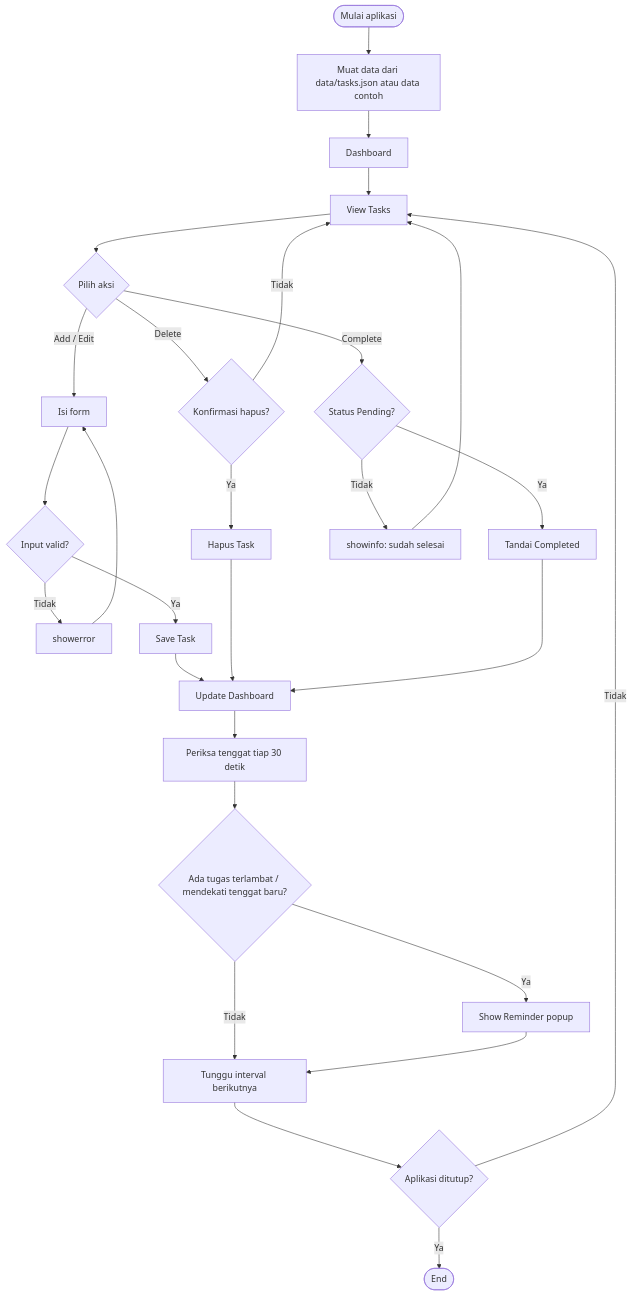
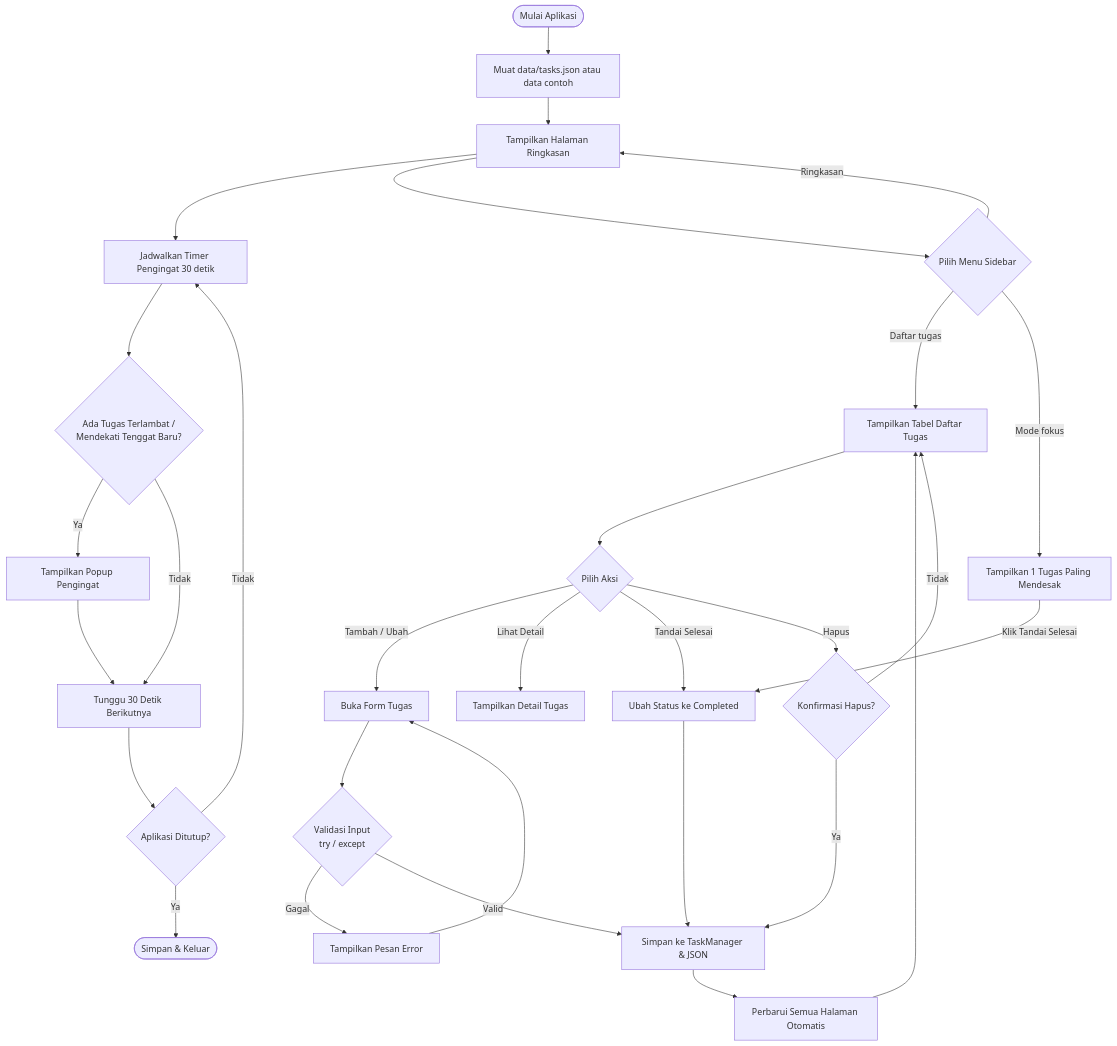
Before and after one commit to Muslimul-Choir/Projek_Expo_2026: the diagram in docs/flowchart.md, drawn with Mermaid. The commit also changed other lines of this file and 3 other files, not shown here.

````diff
--- a/docs/flowchart.md
+++ b/docs/flowchart.md
@@ -3,28 +5,37 @@
 ```mermaid
 flowchart TD
-    A([Mulai aplikasi]) --> B[Muat data dari data/tasks.json atau data contoh]
-    B --> C[Dashboard]
-    C --> D[View Tasks]
-    D --> E{Pilih aksi}
-    E -->|Add / Edit| F[Isi form]
-    E -->|Delete| G{Konfirmasi hapus?}
-    E -->|Complete| H{Status Pending?}
-    F --> I{Input valid?}
-    I -->|Tidak| J[showerror] --> F
-    I -->|Ya| K[Save Task]
-    G -->|Ya| K2[Hapus Task]
-    G -->|Tidak| D
-    H -->|Ya| K3[Tandai Completed]
-    H -->|Tidak| L[showinfo: sudah selesai] --> D
-    K --> M[Update Dashboard]
-    K2 --> M
-    K3 --> M
-    M --> N[Periksa tenggat tiap 30 detik]
-    N --> O{Ada tugas terlambat / mendekati tenggat baru?}
-    O -->|Ya| P[Show Reminder popup]
-    O -->|Tidak| Q[Tunggu interval berikutnya]
-    P --> Q
-    Q --> R{Aplikasi ditutup?}
-    R -->|Tidak| D
-    R -->|Ya| S([End])
+    Start([Mulai Aplikasi]) --> Load[Muat data/tasks.json atau data contoh]
+    Load --> Dash[Tampilkan Halaman Ringkasan]
+    Dash --> Timer[Jadwalkan Timer Pengingat 30 detik]
+
+    Dash --> Nav{Pilih Menu Sidebar}
+    Nav -->|Ringkasan| Dash
+    Nav -->|Daftar tugas| Tasks[Tampilkan Tabel Daftar Tugas]
+    Nav -->|Mode fokus| Focus[Tampilkan 1 Tugas Paling Mendesak]
+
+    Tasks --> Action{Pilih Aksi}
+    Action -->|Tambah / Ubah| Form[Buka Form Tugas]
+    Action -->|Lihat Detail| Detail[Tampilkan Detail Tugas]
+    Action -->|Tandai Selesai| Done[Ubah Status ke Completed]
+    Action -->|Hapus| Confirm{Konfirmasi Hapus?}
+
+    Form --> Validate{Validasi Input<br/>try / except}
+    Validate -->|Gagal| Err[Tampilkan Pesan Error] --> Form
+    Validate -->|Valid| Save[Simpan ke TaskManager & JSON]
+
+    Confirm -->|Ya| Save
+    Confirm -->|Tidak| Tasks
+    Done --> Save
+    Focus -->|Klik Tandai Selesai| Done
+
+    Save --> Notify[Perbarui Semua Halaman Otomatis]
+    Notify --> Tasks
+
+    Timer --> Check{Ada Tugas Terlambat /<br/>Mendekati Tenggat Baru?}
+    Check -->|Ya| Popup[Tampilkan Popup Pengingat]
+    Check -->|Tidak| Wait[Tunggu 30 Detik Berikutnya]
+    Popup --> Wait
+    Wait --> Close{Aplikasi Ditutup?}
+    Close -->|Tidak| Timer
+    Close -->|Ya| End([Simpan & Keluar])
 ```
````
